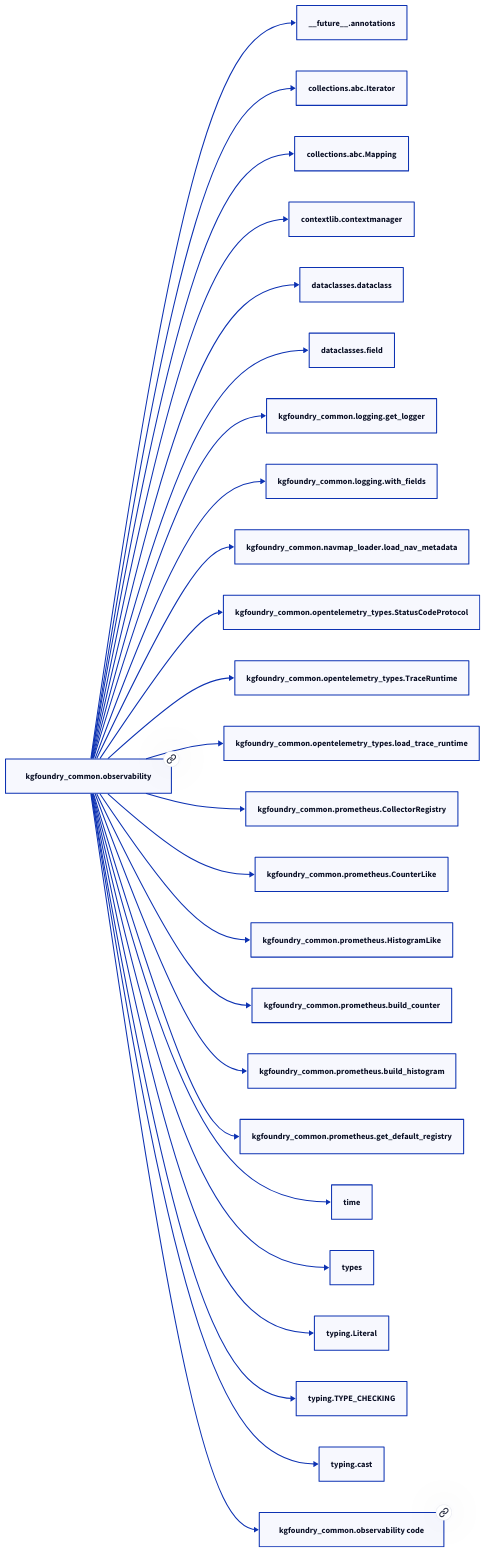
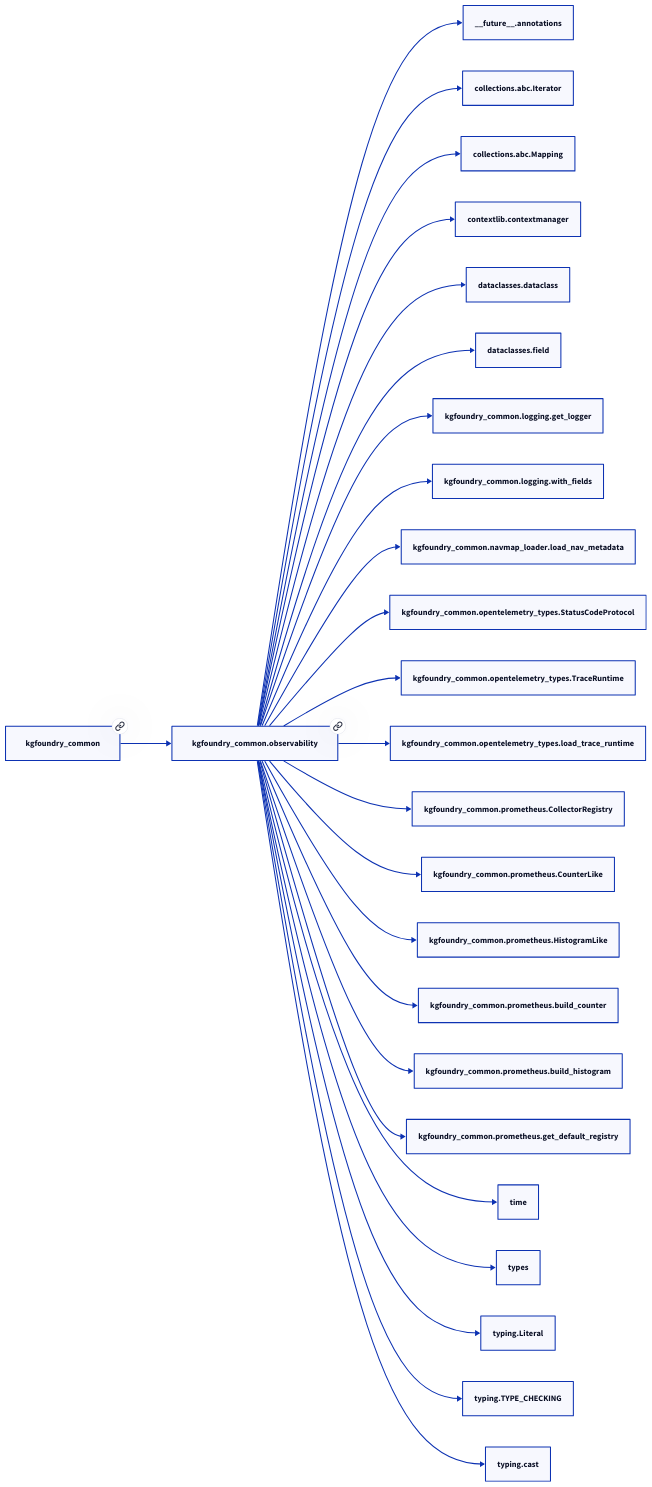
Before and after one commit to paul-heyse/kgforge: the second of 2 diagrams in docs/modules/kgfoundry_common/observability.md, drawn with D2. The commit also changed other lines of this file and 208 other files, not shown here.

````diff
--- a/docs/modules/kgfoundry_common/observability.md
+++ b/docs/modules/kgfoundry_common/observability.md
@@ -79,52 +83,52 @@
 ```d2
 direction: right
-"kgfoundry_common.observability": "kgfoundry_common.observability" { link: "./kgfoundry_common/observability.md" }
+"kgfoundry_common.observability": "kgfoundry_common.observability" { link: "https://github.com/paul-heyse/kgfoundry/blob/main/src/kgfoundry_common/observability.py" }
 "__future__.annotations": "__future__.annotations"
 "kgfoundry_common.observability" -> "__future__.annotations"
 "collections.abc.Iterator": "collections.abc.Iterator"
 "kgfoundry_common.observability" -> "collections.abc.Iterator"
 "collections.abc.Mapping": "collections.abc.Mapping"
 "kgfoundry_common.observability" -> "collections.abc.Mapping"
 "contextlib.contextmanager": "contextlib.contextmanager"
 "kgfoundry_common.observability" -> "contextlib.contextmanager"
 "dataclasses.dataclass": "dataclasses.dataclass"
 "kgfoundry_common.observability" -> "dataclasses.dataclass"
 "dataclasses.field": "dataclasses.field"
 "kgfoundry_common.observability" -> "dataclasses.field"
 "kgfoundry_common.logging.get_logger": "kgfoundry_common.logging.get_logger"
 "kgfoundry_common.observability" -> "kgfoundry_common.logging.get_logger"
 "kgfoundry_common.logging.with_fields": "kgfoundry_common.logging.with_fields"
 "kgfoundry_common.observability" -> "kgfoundry_common.logging.with_fields"
 "kgfoundry_common.navmap_loader.load_nav_metadata": "kgfoundry_common.navmap_loader.load_nav_metadata"
 "kgfoundry_common.observability" -> "kgfoundry_common.navmap_loader.load_nav_metadata"
 "kgfoundry_common.opentelemetry_types.StatusCodeProtocol": "kgfoundry_common.opentelemetry_types.StatusCodeProtocol"
 "kgfoundry_common.observability" -> "kgfoundry_common.opentelemetry_types.StatusCodeProtocol"
 "kgfoundry_common.opentelemetry_types.TraceRuntime": "kgfoundry_common.opentelemetry_types.TraceRuntime"
 "kgfoundry_common.observability" -> "kgfoundry_common.opentelemetry_types.TraceRuntime"
 "kgfoundry_common.opentelemetry_types.load_trace_runtime": "kgfoundry_common.opentelemetry_types.load_trace_runtime"
 "kgfoundry_common.observability" -> "kgfoundry_common.opentelemetry_types.load_trace_runtime"
 "kgfoundry_common.prometheus.CollectorRegistry": "kgfoundry_common.prometheus.CollectorRegistry"
 "kgfoundry_common.observability" -> "kgfoundry_common.prometheus.CollectorRegistry"
 "kgfoundry_common.prometheus.CounterLike": "kgfoundry_common.prometheus.CounterLike"
 "kgfoundry_common.observability" -> "kgfoundry_common.prometheus.CounterLike"
 "kgfoundry_common.prometheus.HistogramLike": "kgfoundry_common.prometheus.HistogramLike"
 "kgfoundry_common.observability" -> "kgfoundry_common.prometheus.HistogramLike"
 "kgfoundry_common.prometheus.build_counter": "kgfoundry_common.prometheus.build_counter"
 "kgfoundry_common.observability" -> "kgfoundry_common.prometheus.build_counter"
 "kgfoundry_common.prometheus.build_histogram": "kgfoundry_common.prometheus.build_histogram"
 "kgfoundry_common.observability" -> "kgfoundry_common.prometheus.build_histogram"
 "kgfoundry_common.prometheus.get_default_registry": "kgfoundry_common.prometheus.get_default_registry"
 "kgfoundry_common.observability" -> "kgfoundry_common.prometheus.get_default_registry"
 "time": "time"
 "kgfoundry_common.observability" -> "time"
 "types": "types"
 "kgfoundry_common.observability" -> "types"
 "typing.Literal": "typing.Literal"
 "kgfoundry_common.observability" -> "typing.Literal"
 "typing.TYPE_CHECKING": "typing.TYPE_CHECKING"
 "kgfoundry_common.observability" -> "typing.TYPE_CHECKING"
 "typing.cast": "typing.cast"
 "kgfoundry_common.observability" -> "typing.cast"
-"kgfoundry_common.observability_code": "kgfoundry_common.observability code" { link: "https://github.com/kgfoundry/kgfoundry/blob/main/src/kgfoundry_common/observability.py" }
-"kgfoundry_common.observability" -> "kgfoundry_common.observability_code" { style: dashed }
+"kgfoundry_common": "kgfoundry_common" { link: "https://github.com/paul-heyse/kgfoundry/blob/main/src/kgfoundry_common/__init__.py" }
+"kgfoundry_common" -> "kgfoundry_common.observability" { style: dashed }
 ```
````
